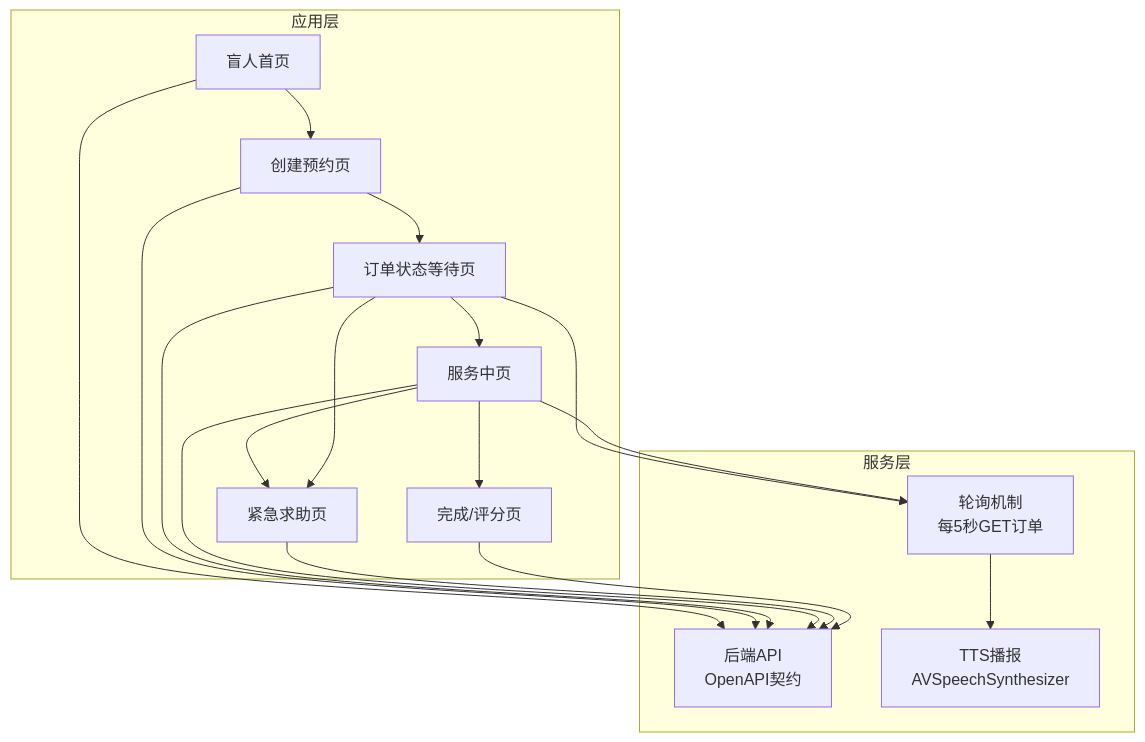
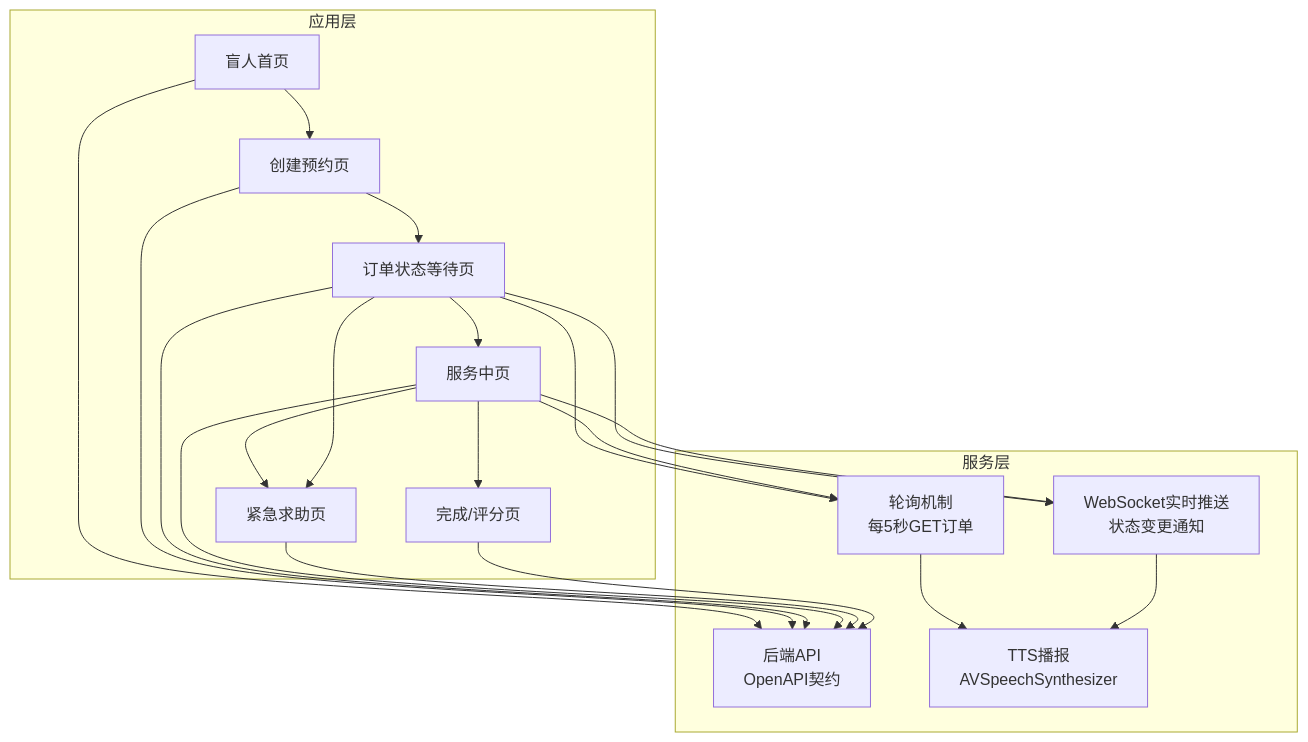
One commit to Jayden23018/blind-run-ios changed the second of 9 diagrams in .qoder/repowiki/zh/content/核心功能模块/盲人跑者功能/盲人跑者功能.md. Above: the diagram before and after it, drawn with Mermaid. The commit also changed other lines of this file and 29 other files, not shown here.

Commit message:
Update test accounts and cloud E2E flow

````diff
--- a/.qoder/repowiki/zh/content/核心功能模块/盲人跑者功能/盲人跑者功能.md
+++ b/.qoder/repowiki/zh/content/核心功能模块/盲人跑者功能/盲人跑者功能.md
@@ -139,31 +143,35 @@
 ```mermaid
 graph TB
 subgraph "应用层"
 BR_HOME["盲人首页"]
 BR_BOOK["创建预约页"]
 BR_WAIT["订单状态等待页"]
 BR_SERVICE["服务中页"]
 BR_EMER["紧急求助页"]
 BR_RATE["完成/评分页"]
 end
 subgraph "服务层"
 API["后端API<br/>OpenAPI契约"]
+WS["WebSocket实时推送<br/>状态变更通知"]
 POLL["轮询机制<br/>每5秒GET订单"]
 TTS["TTS播报<br/>AVSpeechSynthesizer"]
 end
 BR_HOME --> BR_BOOK
 BR_BOOK --> BR_WAIT
 BR_WAIT --> BR_SERVICE
 BR_SERVICE --> BR_RATE
 BR_SERVICE --> BR_EMER
 BR_WAIT --> BR_EMER
 BR_HOME --> API
 BR_BOOK --> API
 BR_WAIT --> API
 BR_SERVICE --> API
 BR_EMER --> API
 BR_RATE --> API
+BR_WAIT --> WS
+BR_SERVICE --> WS
 BR_WAIT --> POLL
 BR_SERVICE --> POLL
 POLL --> TTS
+WS --> TTS
 ```
````
